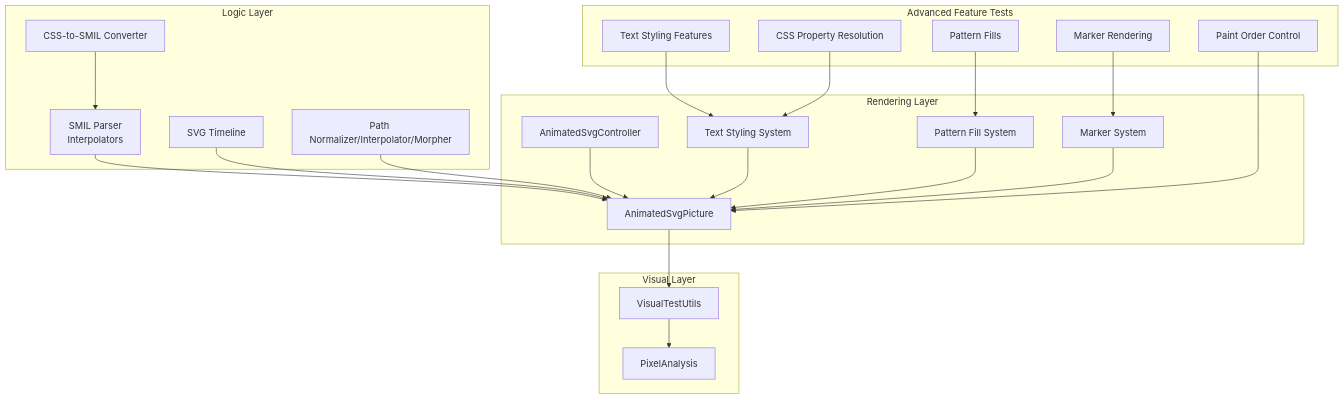
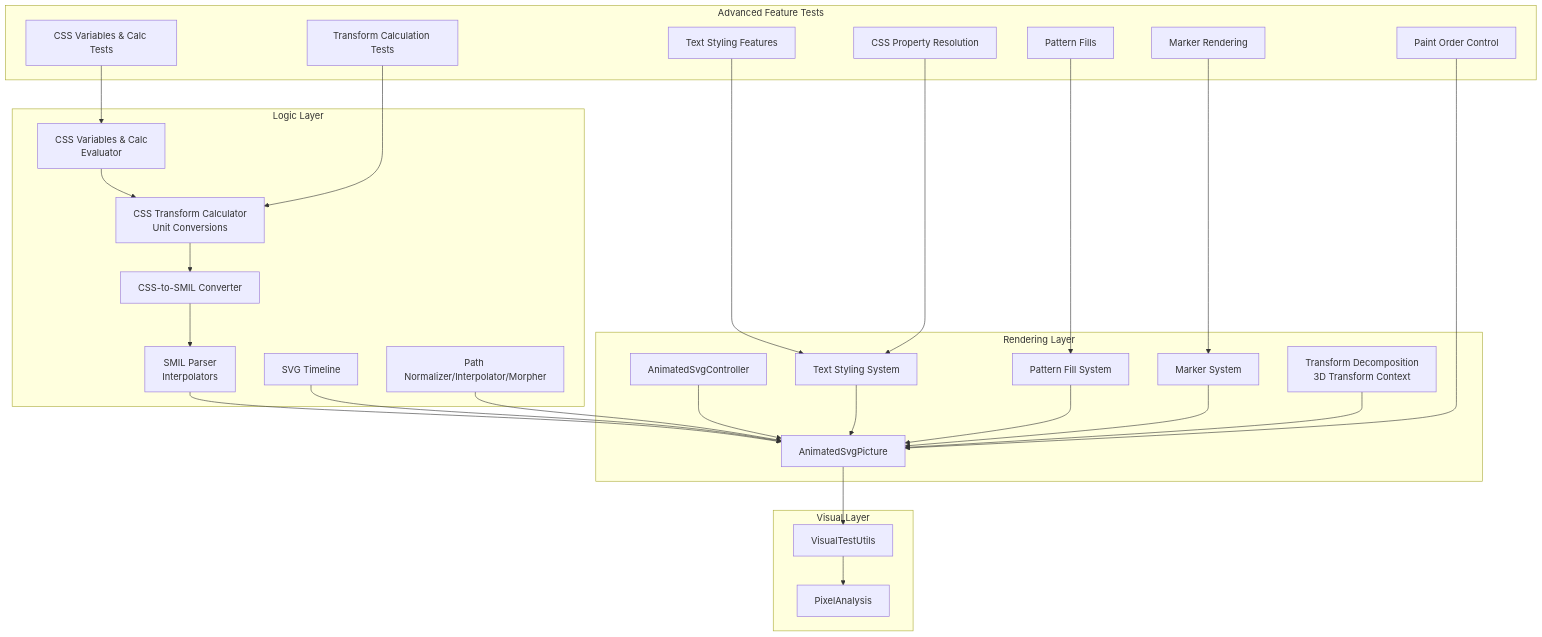
One commit to denisnadey/flutter_full_svg_support changed the second of 9 diagrams in .qoder/repowiki/en/content/Testing and Quality Assurance.md. Above: the diagram before and after it, drawn with Mermaid. The commit also changed other lines of this file and 18 other files, not shown here.

````diff
--- a/.qoder/repowiki/en/content/Testing and Quality Assurance.md
+++ b/.qoder/repowiki/en/content/Testing and Quality Assurance.md
@@ -216,42 +244,52 @@
 ```mermaid
 graph TB
 subgraph "Logic Layer"
 L1["SMIL Parser<br/>Interpolators"]
 L2["SVG Timeline"]
 L3["CSS-to-SMIL Converter"]
 L4["Path Normalizer/Interpolator/Morpher"]
+L5["CSS Transform Calculator<br/>Unit Conversions"]
+L6["CSS Variables & Calc<br/>Evaluator"]
 end
 subgraph "Rendering Layer"
 R1["AnimatedSvgPicture"]
 R2["AnimatedSvgController"]
 R3["Text Styling System"]
 R4["Pattern Fill System"]
 R5["Marker System"]
+R6["Transform Decomposition<br/>3D Transform Context"]
 end
 subgraph "Visual Layer"
 V1["VisualTestUtils"]
 V2["PixelAnalysis"]
 end
 subgraph "Advanced Feature Tests"
 AF1["Marker Rendering"]
 AF2["Paint Order Control"]
 AF3["Pattern Fills"]
 AF4["Text Styling Features"]
 AF5["CSS Property Resolution"]
+AF6["Transform Calculation Tests"]
+AF7["CSS Variables & Calc Tests"]
 end
 L1 --> R1
 L2 --> R1
 L3 --> L1
 L4 --> R1
+L5 --> L3
+L6 --> L5
 R2 --> R1
 R3 --> R1
 R4 --> R1
 R5 --> R1
+R6 --> R1
 R1 --> V1
 V1 --> V2
 AF1 --> R5
 AF2 --> R1
 AF3 --> R4
 AF4 --> R3
 AF5 --> R3
+AF6 --> L5
+AF7 --> L6
 ```
````
